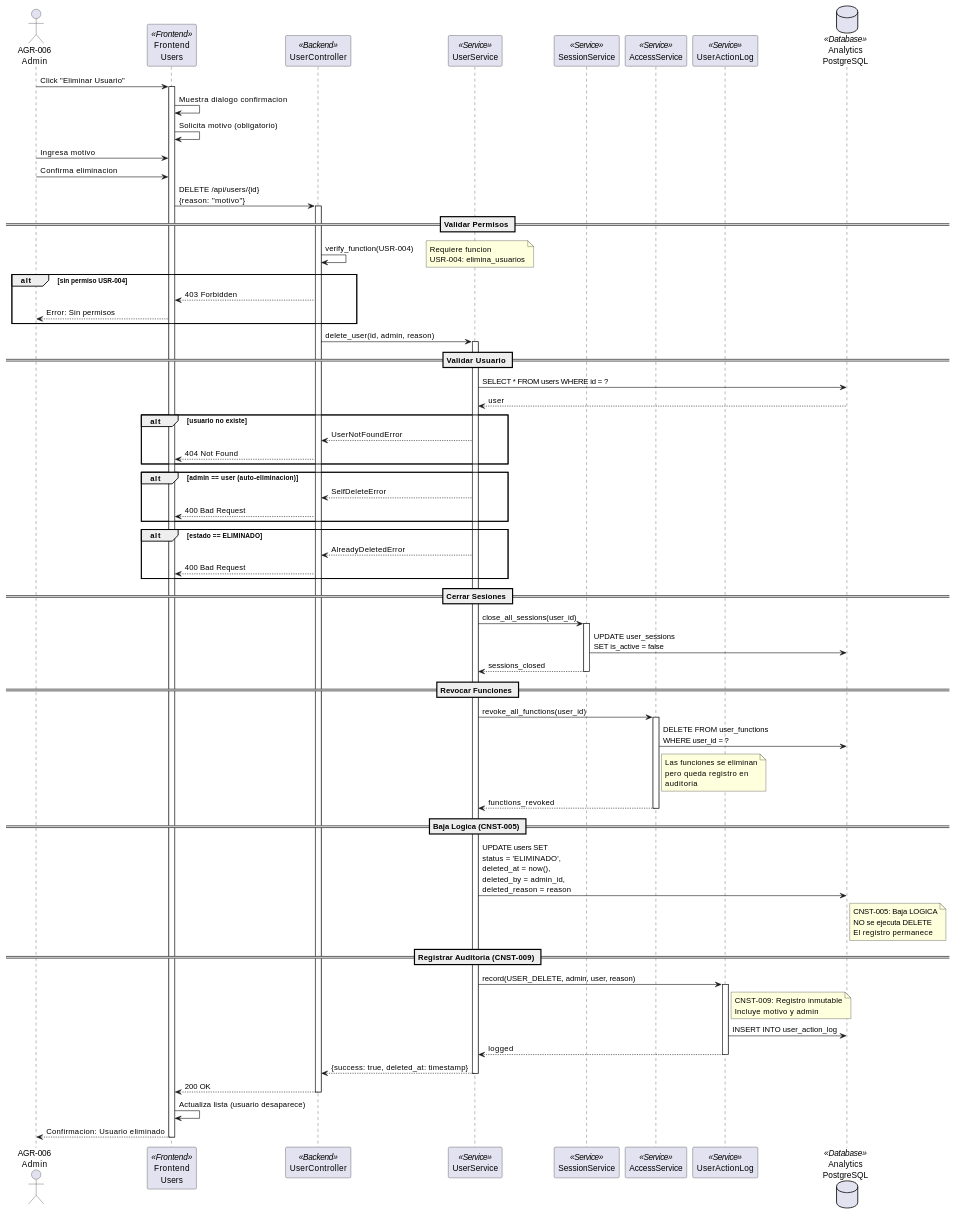
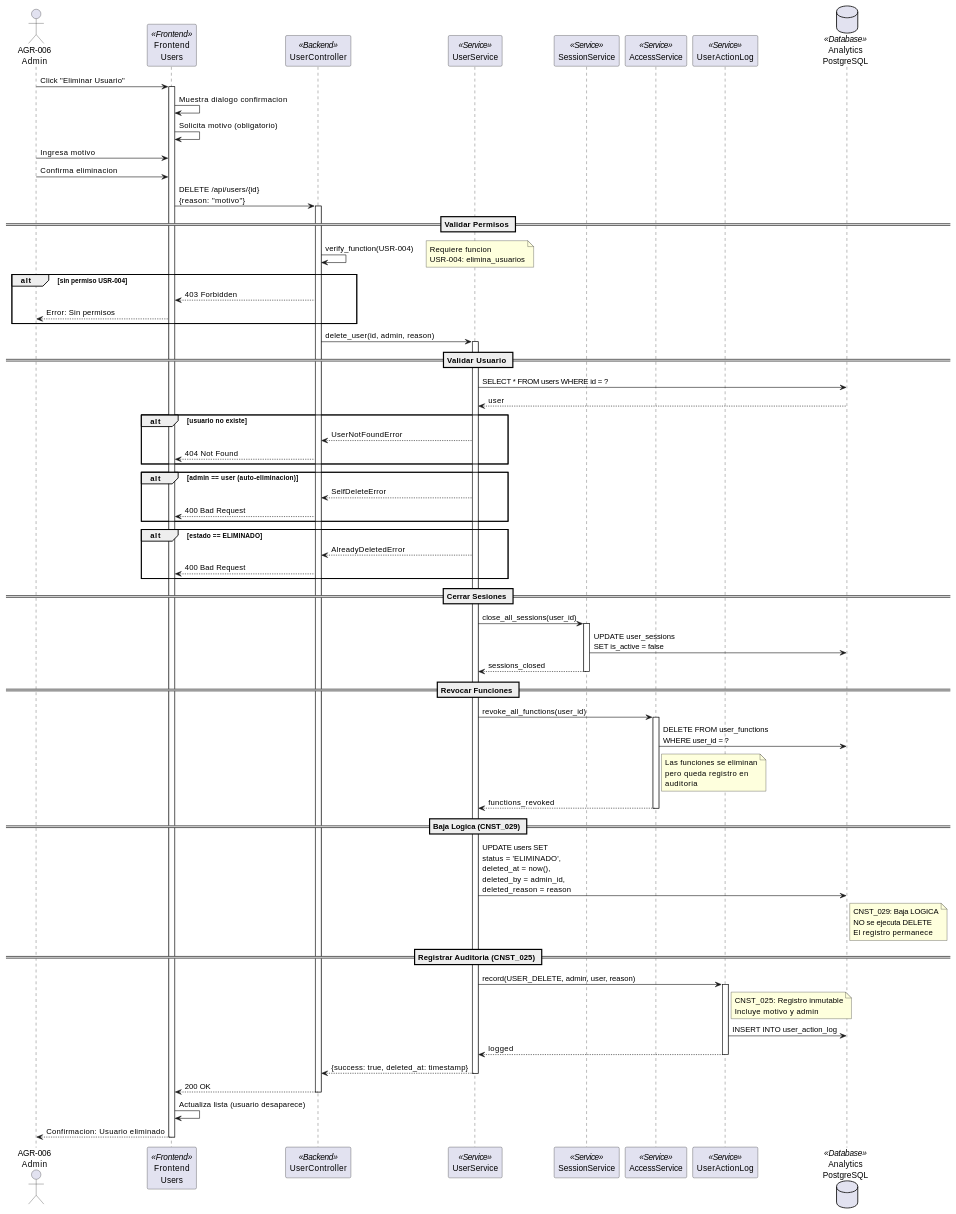
The second of 3 diagrams in source/requisitos/casos_uso/users/UC_USR_04_Eliminar_Usuario.rst (jcg-admin/IACT-docs), drawn with PlantUML before and after one commit. The commit also changed other lines of this file and 67 other files, not shown here.

```diff
--- a/source/requisitos/casos_uso/users/UC_USR_04_Eliminar_Usuario.rst
+++ b/source/requisitos/casos_uso/users/UC_USR_04_Eliminar_Usuario.rst
@@ -284,19 +284,19 @@
    AS --> US: functions_revoked
    deactivate AS
 
-   == Baja Logica (CNST-005) ==
+   == Baja Logica (CNST_029) ==
    US -> DB: UPDATE users SET\nstatus = 'ELIMINADO',\ndeleted_at = now(),\ndeleted_by = admin_id,\ndeleted_reason = reason
    note right of DB
-     CNST-005: Baja LOGICA
+     CNST_029: Baja LOGICA
      NO se ejecuta DELETE
      El registro permanece
    end note
 
-   == Registrar Auditoria (CNST-009) ==
+   == Registrar Auditoria (CNST_025) ==
    US -> UAL: record(USER_DELETE, admin, user, reason)
    activate UAL
    note right of UAL
-     CNST-009: Registro inmutable
+     CNST_025: Registro inmutable
      Incluye motivo y admin
    end note
    UAL -> DB: INSERT INTO user_action_log
```
